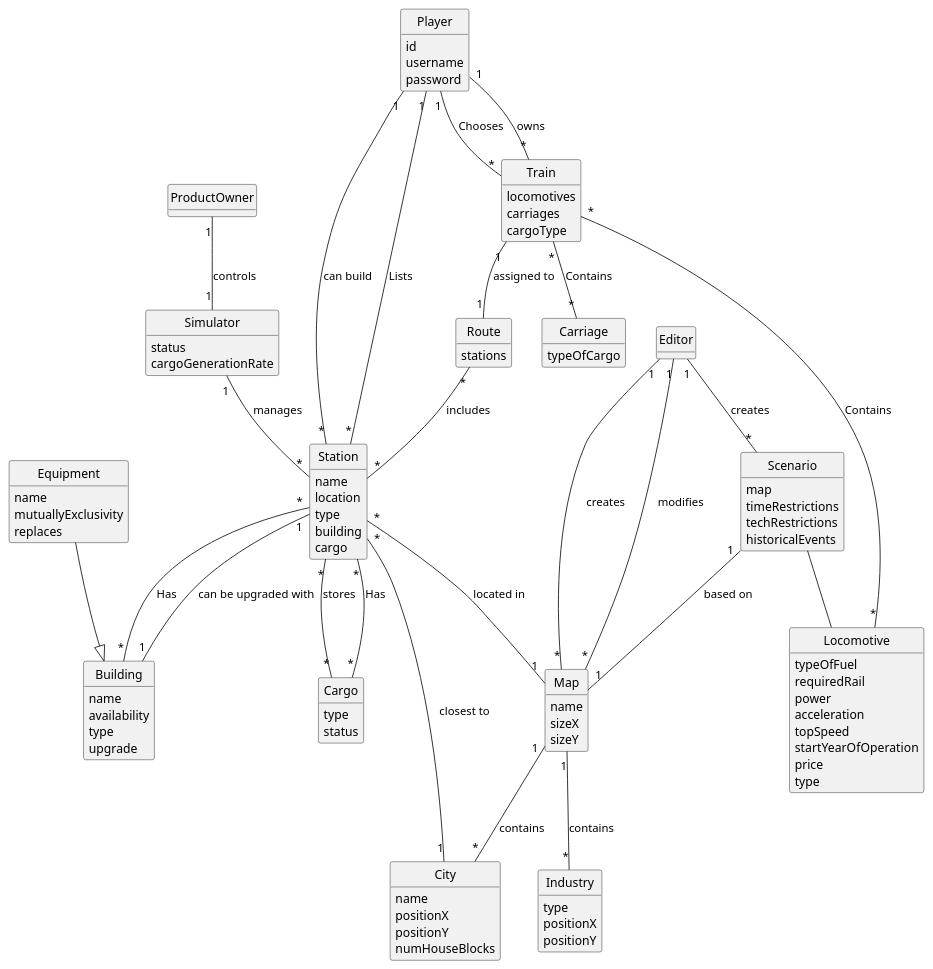
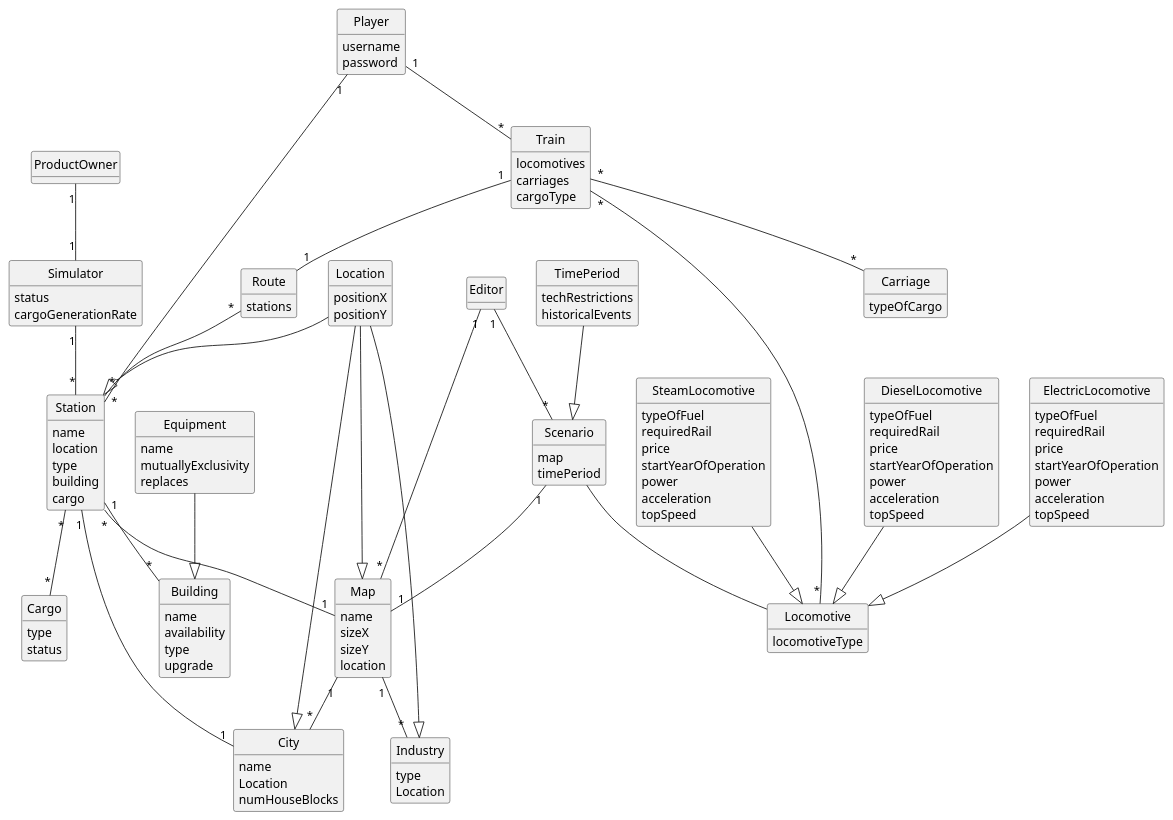
The diagram in docs/system-documentation/global-artifacts/02.analysis/puml/analysis.puml (goncalolopesp/sem2-pi-24.25-g093-repo), drawn with PlantUML before and after one commit.

Commit message:
Added TimePeriod, Location, LocomotiveTypes and restructuring

```diff
--- a/docs/system-documentation/global-artifacts/02.analysis/puml/analysis.puml
+++ b/docs/system-documentation/global-artifacts/02.analysis/puml/analysis.puml
@@ -1,136 +1,181 @@
 @startuml
 skinparam monochrome true
 skinparam packageStyle rectangle
 skinparam shadowing false
 
 'left to right direction
 
 skinparam classAttributeIconSize 0
 
 hide circle
 hide methods
 
 'title Domain Model
 
+class Location {
+    positionX
+    positionY
+}
+
 class Map {
      name
      sizeX
      sizeY
+     location
 }
 
 class Industry {
     type
-    positionX
-    positionY
+    Location
 }
 
 class City {
     name
-    positionX
-    positionY
+    Location
     numHouseBlocks
 }
 
 class Scenario {
     map
-    timeRestrictions
+    timePeriod
+}
+
+class TimePeriod {
     techRestrictions
     historicalEvents
 }
 
 class Station {
     name
     location
     type
     building
     cargo
 }
 
 class Building {
     name
     availability
     type
     upgrade
 }
 
 class Cargo{
     type
     status
 }
 
 class Equipment {
     name
     mutuallyExclusivity
     replaces
 }
 
 class Train{
     locomotives
     carriages
     cargoType
 }
 
 class Route {
     stations
 }
 
 class Locomotive{
+    locomotiveType
+}
+
+class SteamLocomotive{
     typeOfFuel
     requiredRail
+    price
+    startYearOfOperation
     power
     acceleration
     topSpeed
+}
+
+class DieselLocomotive{
+    typeOfFuel
+    requiredRail
+    price
     startYearOfOperation
+    power
+    acceleration
+    topSpeed
+}
+
+class ElectricLocomotive{
+    typeOfFuel
+    requiredRail
     price
-    type
+    startYearOfOperation
+    power
+    acceleration
+    topSpeed
 }
 
 class Carriage{
     typeOfCargo
 }
 
 class Simulator {
     status
     cargoGenerationRate
 }
 
 class Editor {
     + createMap(name: String, width: int, height: int)
 }
 
 class ProductOwner {
 }
 
 class Player {
-    id
     username
     password
     + buyTrain(carriage: Carriage, locomotive: Locomotive)
 }
 
-Editor "1" -- "*" Scenario : creates
-Scenario "1" -- "1" Map : based on
-Editor "1"--"*" Map : creates
-Editor "1"--"*" Map : modifies
-Map "1"--"*" Industry : contains
-Map "1"--"*" City : contains
-Station "*" -- "1" Map : located in
-Station "*" -- "1" City : closest to
-Player "1" -- "*" Station : can build
+Editor "1" -- "*" Scenario
+Editor "1"--"*" Map
+
+Map "1"--"*" Industry
+Map "1"--"*" City
+
+Station "*" -- "1" Map
+Station "1" -- "1" City
+Station "1" -- "*" Building
+Station "*" -- "*" Cargo
+
+Player "1"--"*" Train
+Player "1"--"*" Station
+
+Train "*"--"*" Locomotive
+Train "*"--"*" Carriage
+Train "1" -- "1" Route
+
+Route "*" -- "*" Station
+
+ProductOwner "1" -- "1" Simulator
+
+Simulator "1" -- "*" Station
+
+Scenario -- Locomotive
+Scenario "1" -- "1" Map
+
+
+TimePeriod --|> Scenario
+
 Equipment --|> Building
-Station "1" -- "1" Building : can be upgraded with
-Player "1"--"*" Station : Lists
-Station "*"--"*" Building : Has
-Station "*"--"*" Cargo : Has
-Player "1"--"*" Train : Chooses
-Train "*"--"*" Locomotive : Contains
-Train "*"--"*" Carriage : Contains
-Player "1" -- "*" Train : owns
-Train "1" -- "1" Route : assigned to
-Route "*" -- "*" Station : includes
-ProductOwner "1" -- "1" Simulator : controls
-Simulator "1" -- "*" Station : manages
-Station "*" -- "*" Cargo : stores
-Scenario -- Locomotive
+
+Location --|> Map
+Location --|> City
+Location --|> Station
+Location --|> Industry
+
+SteamLocomotive --|> Locomotive
+DieselLocomotive --|> Locomotive
+ElectricLocomotive --|> Locomotive
 
 @enduml
```
